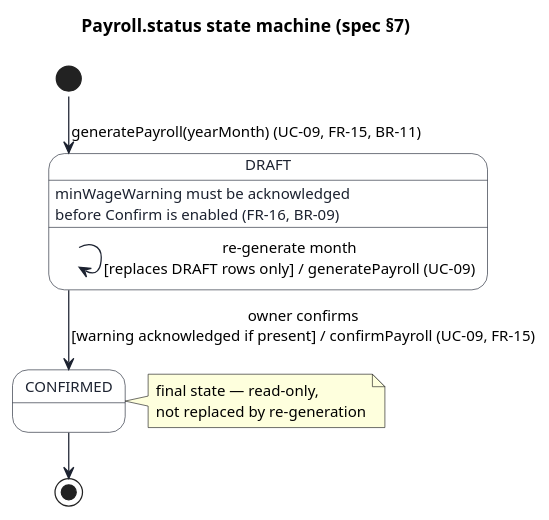
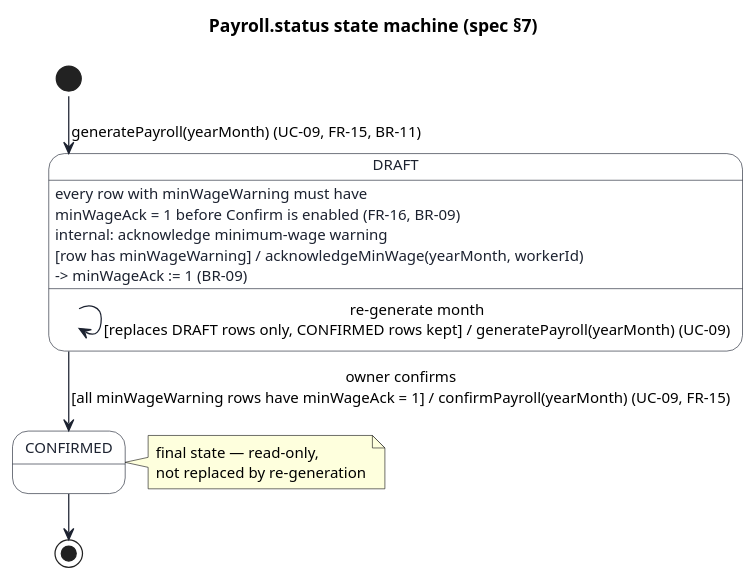
Before and after one commit to keemlogan/shiftswap: the diagram in uml/src/state-payroll.puml, drawn with PlantUML. The commit also changed 95 other files, not shown here.

Commit message:
Iteration 3: v3 UI, tests 62, UML aligned with code, report chapters 1-6 and 8, prompt v4 written

```diff
--- a/uml/src/state-payroll.puml
+++ b/uml/src/state-payroll.puml
@@ -1,28 +1,29 @@
 @startuml state-payroll
 !pragma layout smetana
 skinparam defaultFontName "Helvetica"
 skinparam defaultFontSize 12
 skinparam shadowing false
 skinparam backgroundColor #FFFFFF
 skinparam state {
   BackgroundColor #FFFFFF
   BorderColor #1C2230
   FontColor #1C2230
   ArrowColor #1C2230
 }
 
 title Payroll.status state machine (spec §7)
 
 [*] --> DRAFT : generatePayroll(yearMonth) (UC-09, FR-15, BR-11)
 
 state DRAFT {
-  DRAFT : minWageWarning must be acknowledged\nbefore Confirm is enabled (FR-16, BR-09)
-  DRAFT --> DRAFT : re-generate month\n[replaces DRAFT rows only] / generatePayroll (UC-09)
+  DRAFT : every row with minWageWarning must have\nminWageAck = 1 before Confirm is enabled (FR-16, BR-09)
+  DRAFT : internal: acknowledge minimum-wage warning\n[row has minWageWarning] / acknowledgeMinWage(yearMonth, workerId)\n-> minWageAck := 1 (BR-09)
+  DRAFT --> DRAFT : re-generate month\n[replaces DRAFT rows only, CONFIRMED rows kept] / generatePayroll(yearMonth) (UC-09)
 }
 
-DRAFT --> CONFIRMED : owner confirms\n[warning acknowledged if present] / confirmPayroll (UC-09, FR-15)
+DRAFT --> CONFIRMED : owner confirms\n[all minWageWarning rows have minWageAck = 1] / confirmPayroll(yearMonth) (UC-09, FR-15)
 
 CONFIRMED --> [*]
 
 note right of CONFIRMED : final state — read-only,\nnot replaced by re-generation
 @enduml
```
